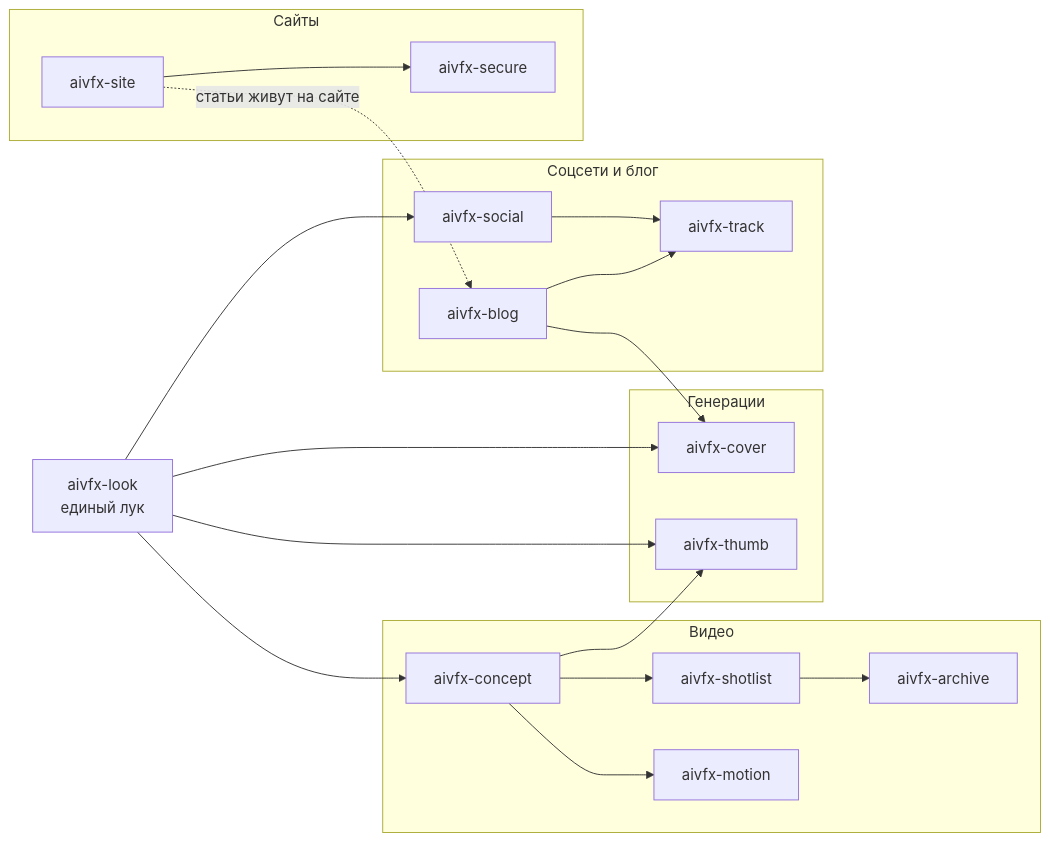
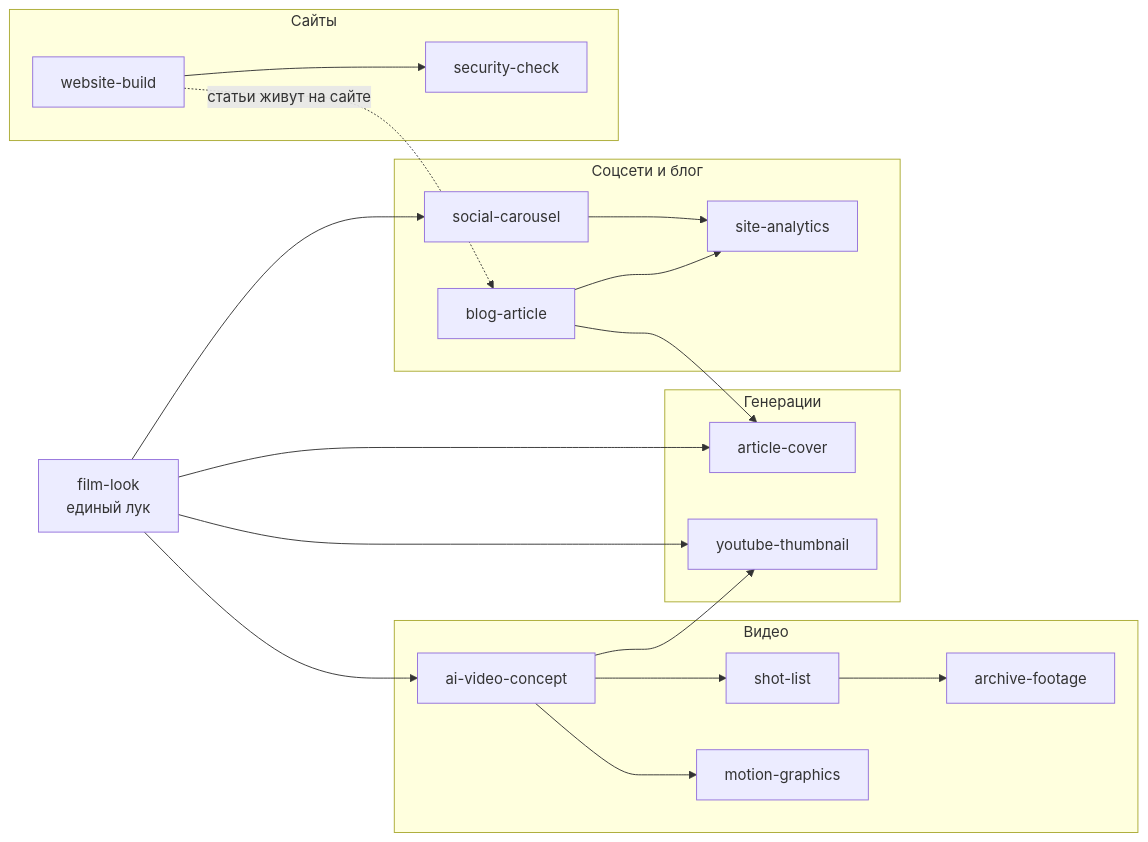
Before and after one commit to shutckin/aivfx-content-kit: the second of 2 diagrams in README.md, drawn with Mermaid. The commit also changed other lines of this file and 117 other files, not shown here.

````diff
--- a/README.md
+++ b/README.md
@@ -196,30 +196,30 @@
 ```mermaid
 flowchart LR
-    LOOK["aivfx-look<br/>единый лук"]
+    LOOK["film-look<br/>единый лук"]
     subgraph V["Видео"]
-        CONCEPT["aivfx-concept"] --> SHOT["aivfx-shotlist"]
-        SHOT --> ARCH["aivfx-archive"]
-        CONCEPT --> MOTION["aivfx-motion"]
+        CONCEPT["ai-video-concept"] --> SHOT["shot-list"]
+        SHOT --> ARCH["archive-footage"]
+        CONCEPT --> MOTION["motion-graphics"]
     end
     subgraph G["Генерации"]
-        COVER["aivfx-cover"]
-        THUMB["aivfx-thumb"]
+        COVER["article-cover"]
+        THUMB["youtube-thumbnail"]
     end
     subgraph S["Соцсети и блог"]
-        SOCIAL["aivfx-social"]
-        BLOG["aivfx-blog"]
-        TRACK["aivfx-track"]
+        SOCIAL["social-carousel"]
+        BLOG["blog-article"]
+        TRACK["site-analytics"]
     end
     subgraph W["Сайты"]
-        SITE["aivfx-site"] --> SECURE["aivfx-secure"]
+        SITE["website-build"] --> SECURE["security-check"]
     end
     LOOK --> CONCEPT
     LOOK --> COVER
     LOOK --> THUMB
     LOOK --> SOCIAL
     CONCEPT --> THUMB
     BLOG --> COVER
     SOCIAL --> TRACK
     BLOG --> TRACK
     SITE -. статьи живут на сайте .-> BLOG
 ```
````
